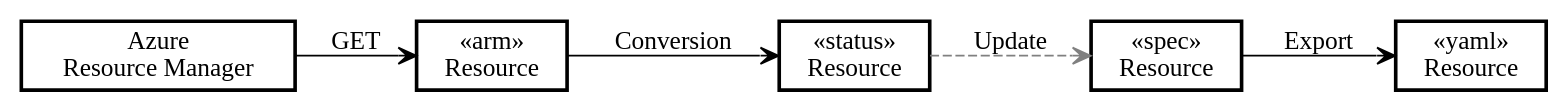
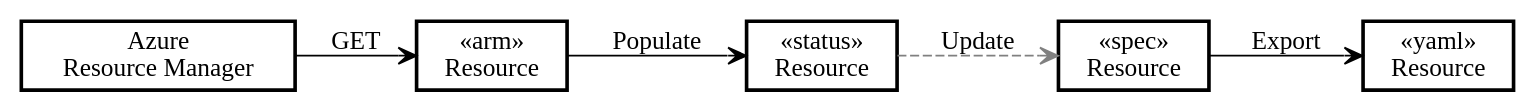
Before and after one commit to Azure/azure-service-operator: the diagram in docs/hugo/content/design/images/adr-2022-11-import-flow.dot, drawn with Graphviz. The commit also changed 1 other file, not shown here.

```diff
--- a/docs/hugo/content/design/images/adr-2022-11-import-flow.dot
+++ b/docs/hugo/content/design/images/adr-2022-11-import-flow.dot
@@ -1,22 +1,22 @@
 graph {
     nodesep="1"
     rankdir = LR;
 
     node [shape=rect, penwidth=2]
     arm [label="Azure\nResource Manager"]
 
     rsrc_arm [label="«arm»\nResource"]
     
     rsrc_spec [label="«spec»\nResource"]
     rsrc_status [label="«status»\nResource"]
     rsrc_yaml [label="«yaml»\nResource"]
 
     edge [arrowhead=vee, arrowtail=vee, dir=forward]
 
     arm -- rsrc_arm  [label="GET", arrowhead=vee]
-    rsrc_arm -- rsrc_status [label="Conversion", arrowhead=vee]
+    rsrc_arm -- rsrc_status [label="Populate", arrowhead=vee]
     rsrc_spec -- rsrc_yaml [label="Export", arrowhead=vee]
     
     edge [style=dashed, color=gray]
     rsrc_status -- rsrc_spec [label="Update", arrowhead=vee]
 }
```
